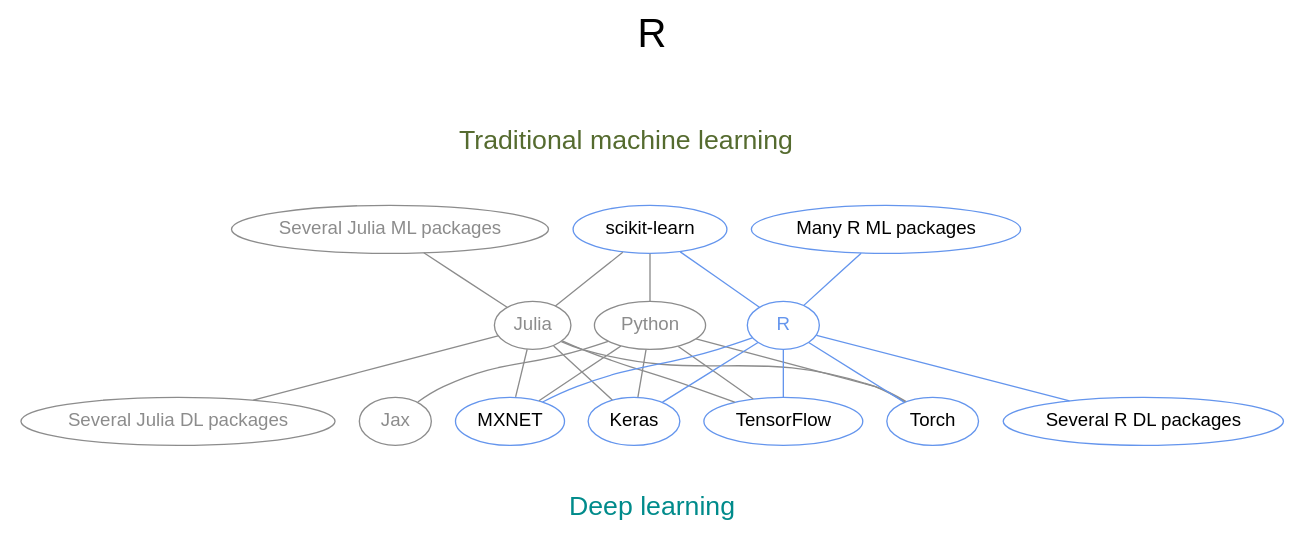
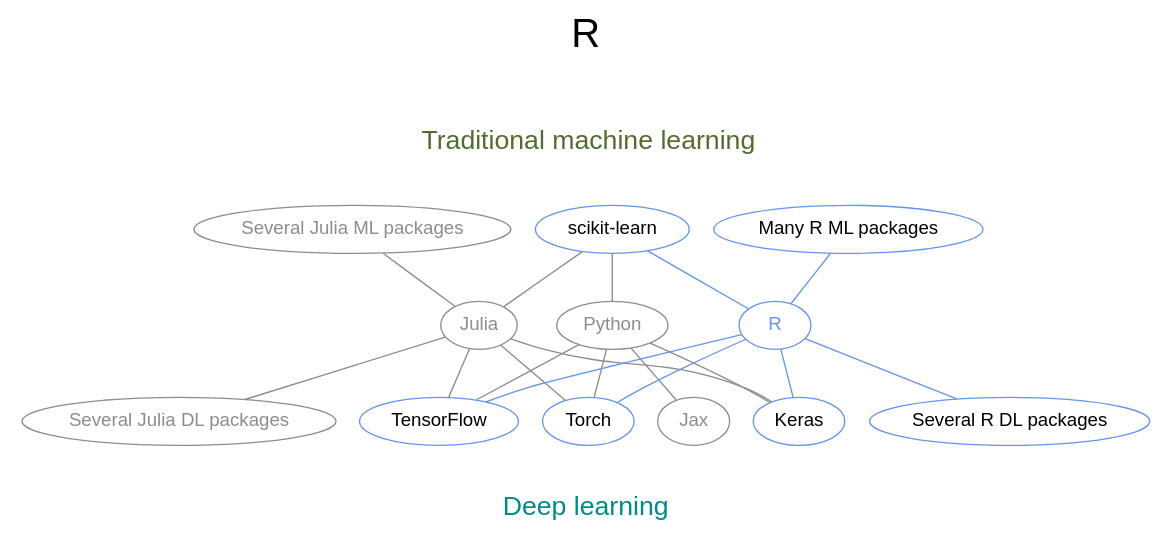
The tenth of 12 diagrams in ml/frameworks_slides.qmd (WestDRI/arc-training), drawn with Graphviz before and after one commit. The commit also changed other lines of this file, not shown here.

````diff
--- a/ml/frameworks_slides.qmd
+++ b/ml/frameworks_slides.qmd
@@ -460,56 +536,56 @@
 ```{dot}
 //| echo: false
 
 strict graph {
 
   label="R\n\n"
   labelloc=t
   fontsize=30
   
   bgcolor="transparent"
   graph [fontname="Inconsolata, sans-serif"]
   node [fontname="Inconsolata, sans-serif"]
 
   subgraph cluster_ml {
 	peripheries=0
 	label="Traditional machine learning\n\n"
 	fontcolor=darkolivegreen
 	fontsize=20
 	"scikit-learn" "Several Julia ML packages" "Many R ML packages"
   }
 
   subgraph cluster_dl {
 	peripheries=0
 	label="\nDeep learning"
 	fontcolor=darkcyan
 	fontsize=20
 	labelloc=b
-	Torch TensorFlow Jax Keras MXNET "Several Julia DL packages" "Several R DL packages"
+	Torch TensorFlow Jax Keras "Several Julia DL packages" "Several R DL packages"
   }
 
   Python [color=gray55, fontcolor=gray55, URL="https://www.python.org/"]
   Julia [color=gray55, fontcolor=gray55, URL="https://julialang.org/"]
   R [color=cornflowerblue, fontcolor=cornflowerblue, URL="https://www.r-project.org/"]
 
   "Many R ML packages" [color=cornflowerblue]
   "Several R DL packages" [color=cornflowerblue]
   "scikit-learn" [color=cornflowerblue, URL="https://saraswatmks.github.io/superml/"]
-  MXNET [color=cornflowerblue, URL="https://mxnet.apache.org/versions/1.8.0/api/r"]
   Keras [color=cornflowerblue, URL="https://github.com/rstudio/keras"]
   TensorFlow [color=cornflowerblue, URL="https://tensorflow.rstudio.com/"]
   Torch [color=cornflowerblue, URL="https://torch.mlverse.org/"]
 
   "scikit-learn" -- Python [color=gray55]
-  Python -- {Torch TensorFlow Jax Keras MXNET} [color=gray55]
+  Python -- {Torch TensorFlow Jax Keras} [color=gray55]
 
   {"Several Julia ML packages" "scikit-learn"} -- Julia [color=gray55]
-  Julia -- {"Several Julia DL packages" Torch TensorFlow Keras MXNET} [color=gray55]
+  Julia -- {"Several Julia DL packages" Torch TensorFlow Keras} [color=gray55]
 
   {"scikit-learn" "Many R ML packages"} -- R [color=cornflowerblue]
-  R -- {"Several R DL packages" Torch TensorFlow Keras MXNET} [color=cornflowerblue]
+	R -- {"Several R DL packages" Torch TensorFlow Keras} [color=cornflowerblue]
 
-  "Several Julia ML packages" [color=gray55, fontcolor=gray55]
-  "Several Julia DL packages" [color=gray55, fontcolor=gray55]
-  Jax [color=gray55, fontcolor=gray55]
+	"Several Julia ML packages" [color=gray55, fontcolor=gray55]
+	"Several Julia DL packages" [color=gray55, fontcolor=gray55]
+	Jax [color=gray55, fontcolor=gray55]
+	
 }
 ```
````
